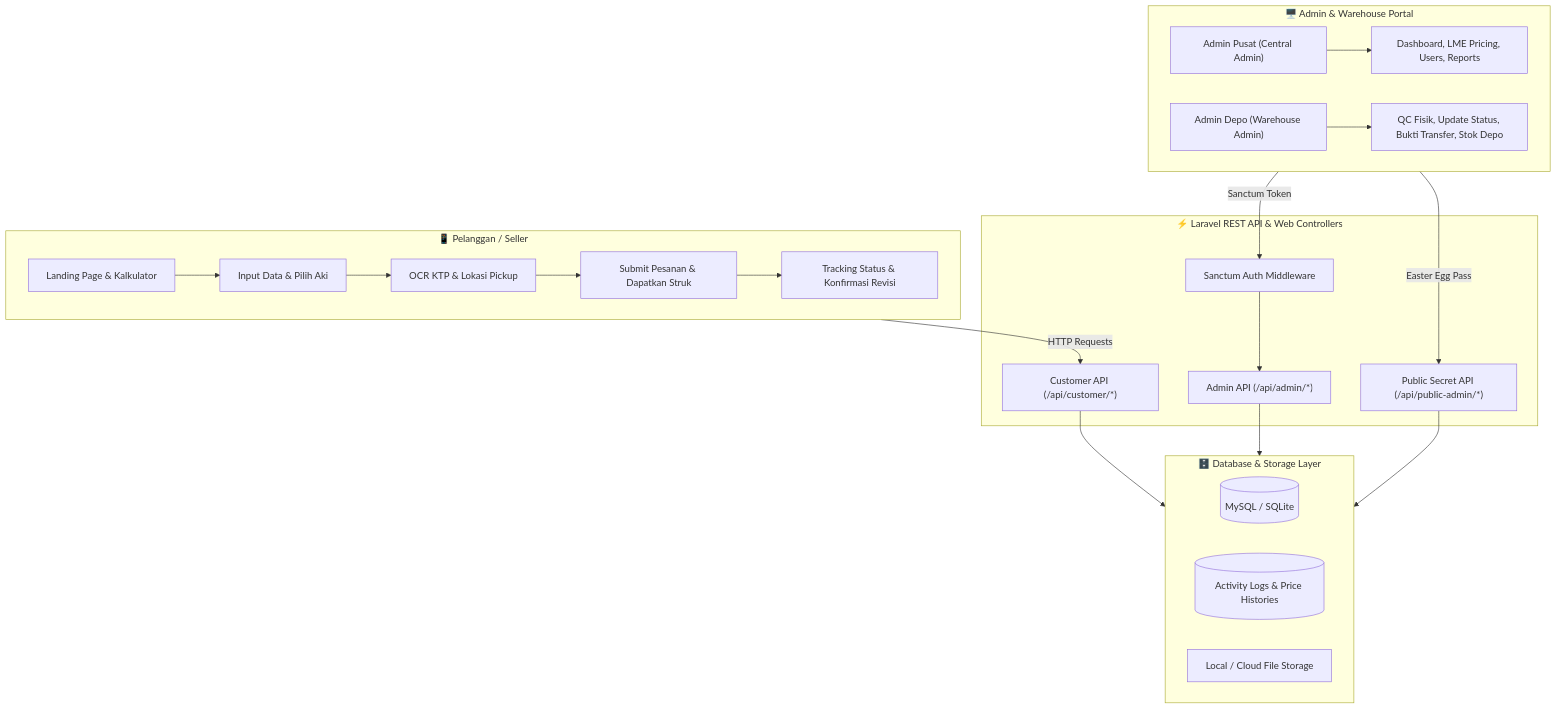
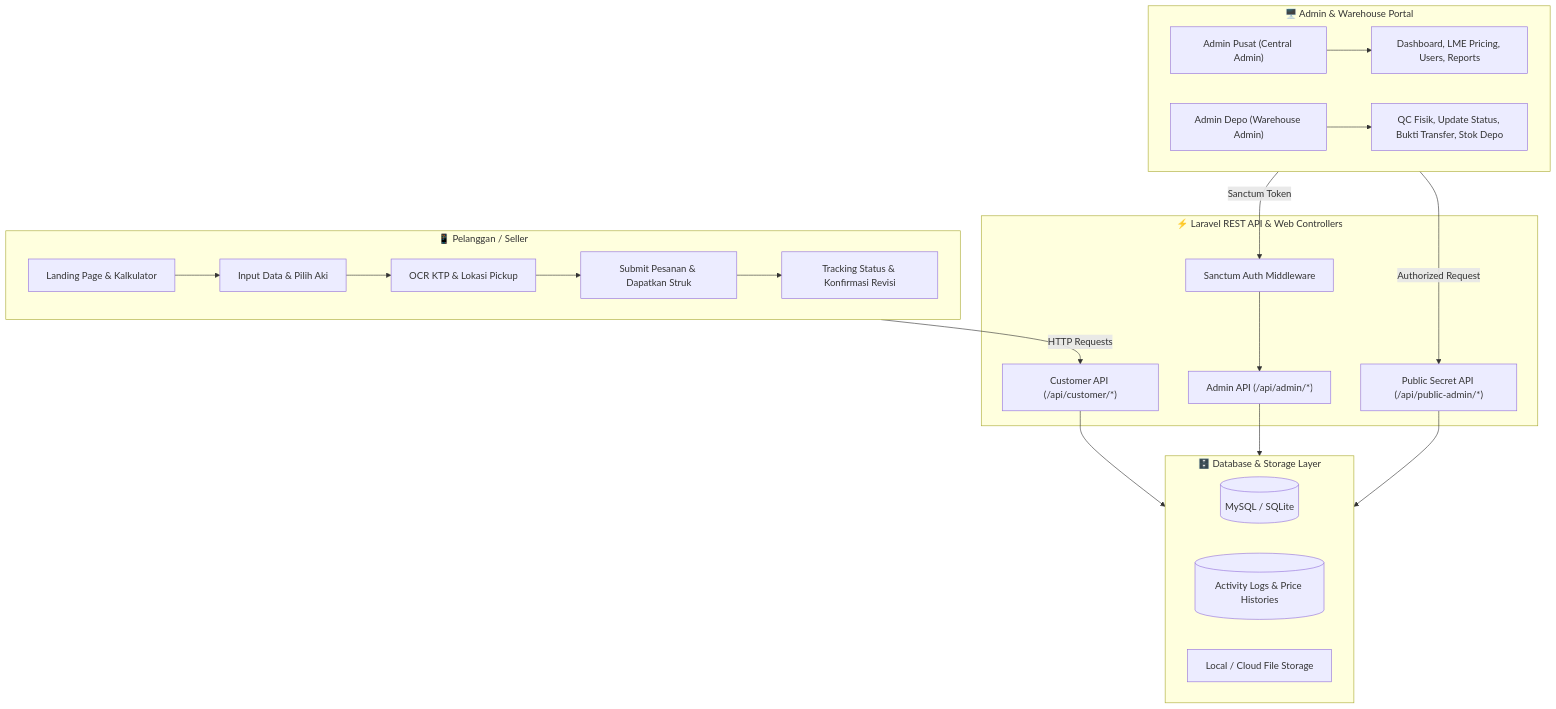
The diagram in README.md (AiraCode/PickUpSystem), drawn with Mermaid before and after one commit. The commit also changed other lines of this file and 1 other file, not shown here.

````diff
--- a/README.md
+++ b/README.md
@@ -102,36 +102,36 @@
 ```mermaid
 flowchart TD
     subgraph Pelanggan ["📱 Pelanggan / Seller"]
         A[Landing Page & Kalkulator] --> B[Input Data & Pilih Aki]
         B --> C[OCR KTP & Lokasi Pickup]
         C --> D[Submit Pesanan & Dapatkan Struk]
         D --> E[Tracking Status & Konfirmasi Revisi]
     end
 
     subgraph API_Layer ["⚡ Laravel REST API & Web Controllers"]
         F["Customer API (/api/customer/*)"]
         G["Admin API (/api/admin/*)"]
         H["Public Secret API (/api/public-admin/*)"]
         I["Sanctum Auth Middleware"]
     end
 
     subgraph Admin_Portal ["🖥️ Admin & Warehouse Portal"]
         J["Admin Pusat (Central Admin)"]
         K["Admin Depo (Warehouse Admin)"]
         J --> L[Dashboard, LME Pricing, Users, Reports]
         K --> M[QC Fisik, Update Status, Bukti Transfer, Stok Depo]
     end
 
     subgraph Database ["🗄️ Database & Storage Layer"]
         N[(MySQL / SQLite)]
         O[(Activity Logs & Price Histories)]
         P[Local / Cloud File Storage]
     end
 
     Pelanggan -->|HTTP Requests| F
     Admin_Portal -->|Sanctum Token| I --> G
-    Admin_Portal -->|Easter Egg Pass| H
+    Admin_Portal -->|Authorized Request| H
     F --> Database
     G --> Database
     H --> Database
 ```
````
